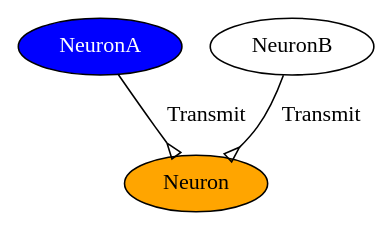
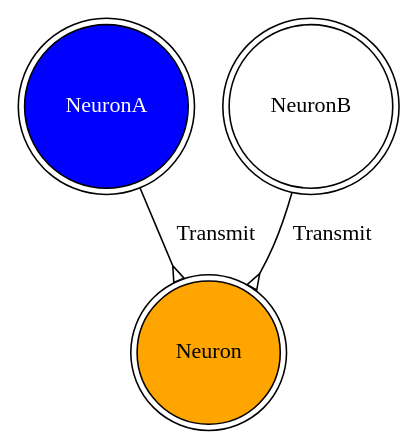
One commit to williamnourse/SNS-Toolbox changed the diagram in SmallNet.gv. Above: the diagram before and after it, drawn with Graphviz. The commit also changed 18 other files, not shown here.

```diff
--- a/SmallNet.gv
+++ b/SmallNet.gv
@@ -1,7 +1,7 @@
 digraph {
-	0 [label=NeuronA fillcolor=blue fontcolor=white style=filled]
-	1 [label=NeuronB fillcolor=white fontcolor=black style=filled]
-	2 [label=Neuron fillcolor=orange fontcolor=black style=filled]
+	0 [label=NeuronA fillcolor=blue fontcolor=white shape=doublecircle style=filled]
+	1 [label=NeuronB fillcolor=white fontcolor=black shape=doublecircle style=filled]
+	2 [label=Neuron fillcolor=orange fontcolor=black shape=doublecircle style=filled]
 	0 -> 2 [label=Transmit arrowhead=invempty]
 	1 -> 2 [label=Transmit arrowhead=invempty]
 }
```
